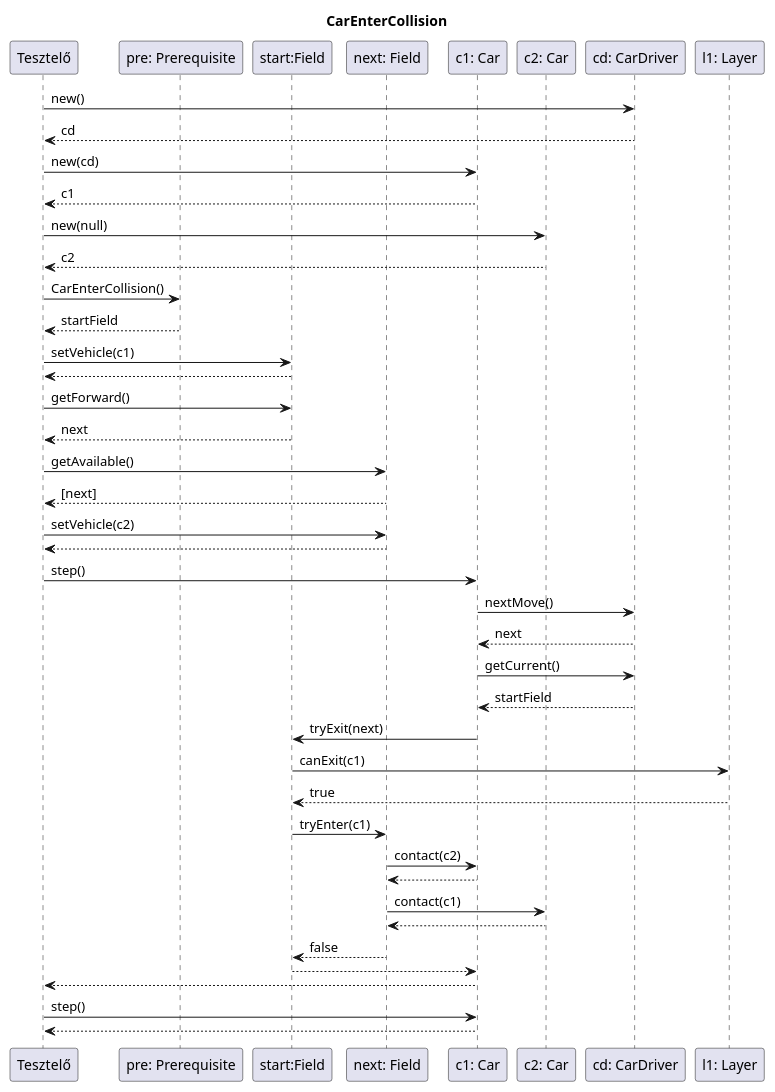
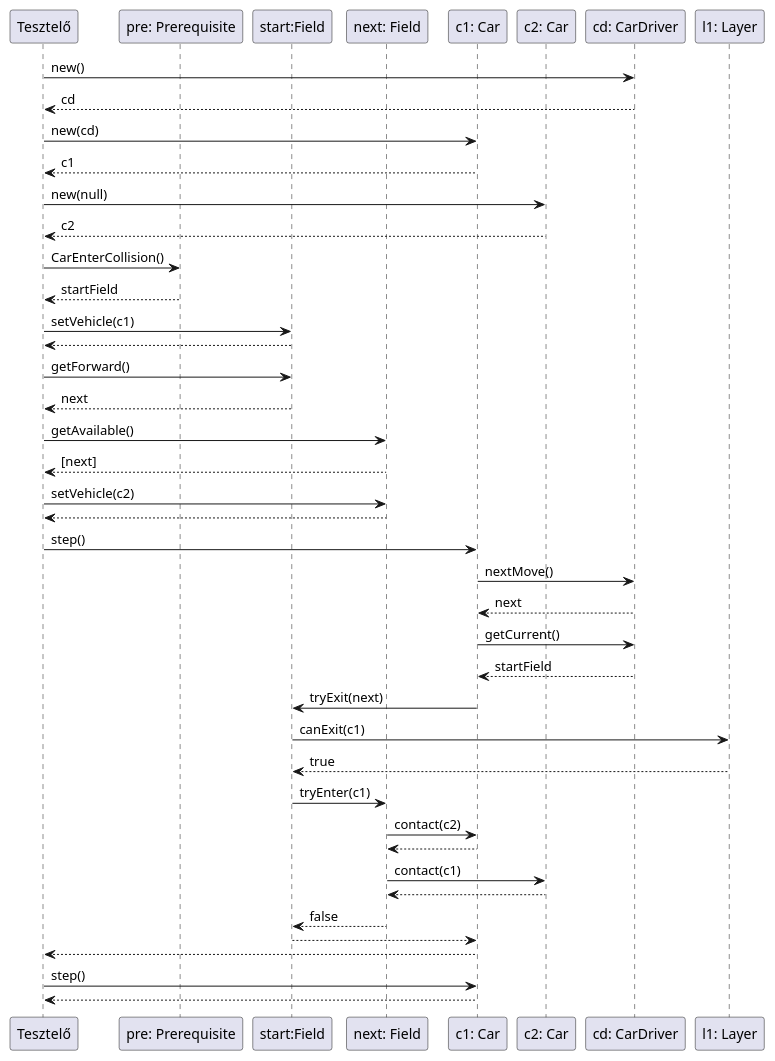
Before and after one commit to uhrinandor/spring: the diagram in docs/skeleton/car/CarEnterCollision.plantuml, drawn with PlantUML. The commit also changed 10 other files, not shown here.

```diff
--- a/docs/skeleton/car/CarEnterCollision.plantuml
+++ b/docs/skeleton/car/CarEnterCollision.plantuml
@@ -1,89 +1,89 @@
 @startuml
 
 /'komm diagramba szukseges: ket ures mezo sima layer'/
 /'CarEnterCollision'/
 /'hatso auto probal kilepni a mezobol es karambolozik az elotte levo autoval'/
-title CarEnterCollision
+
 participant "Tesztelő" as tester
 participant "pre: Prerequisite" as pre
 participant "start:Field" as startField
 participant "next: Field" as nextField
 participant "c1: Car" as c1
 participant "c2: Car" as c2
 participant "cd: CarDriver" as cd
 participant "l1: Layer" as startLayer
 /'letrehoz egy cardrivert'/
 tester->cd:new()
 cd-->tester:cd
 
 /'letrehozza az elso autot a cardriverrel'/
 tester->c1:new(cd)
 c1-->tester:c1
 
 /'letrehozza a masodik autot aminek nincs vezetoje mert nem mozdul'/
 tester->c2:new(null)
 c2-->tester:c2
 
 /'a pre visszaadja a kezdo fieldet'/
 tester->pre: CarEnterCollision()
 pre-->tester:startField
 
 /'az elso mezo beallitja az elso autot'/
 tester->startField: setVehicle(c1)
 startField-->tester:
 
 /'megkerdezi az elso mezot hogy mi a kovetkezo IRoad'/
 tester->startField: getForward()
 startField-->tester:next
 
 /'elkeri a Field-ek listajat a kovetkezo IRoad-tol'/
 tester->nextField:getAvailable()
 nextField-->tester: [next]
 
 /'beallitja a masodik mezore a masodik autot'/
 tester->nextField: setVehicle(c2)
 nextField-->tester:
 
 tester->c1: step()
 
 /'jatekos beallitja h elore szeretne lepni'/
 c1->cd: nextMove()
 cd-->c1:next
 
 /'lekerdezi az auto aktualis mezojet'/
 c1 -> cd: getCurrent()
 cd --> c1: startField
 
 /'elso auto megprobal kilepni'/
 c1 -> startField: tryExit(next)
 
 /'elso auto megkerdezi h kilephet-e'/
 startField -> startLayer: canExit(c1)
 startLayer --> startField: true
 
 /'elso auto megprobal belepni'/
 startField -> nextField: tryEnter(c1)
 
 /'hatso auto osszetorik'/
 nextField -> c1: contact(c2)
 c1 --> nextField: 
 
 /'a elso auto is osszetorik'/
 nextField -> c2: contact(c1)
 c2 --> nextField:
 
 /'tryEnter-re a valasz, tehat nem lephet be a c1'/
 nextField --> startField: false
 
 /'tryExit-re a valasz, tehat nem lephet ki a c1'/
 startField --> c1:
 
 /'step()-re a valasz'/
 c1 --> tester:
 
 
 /'megegyszer megprobal lepni, de sikertelenul'/
 tester->c1: step()
 c1-->tester:
 
 @enduml
```
